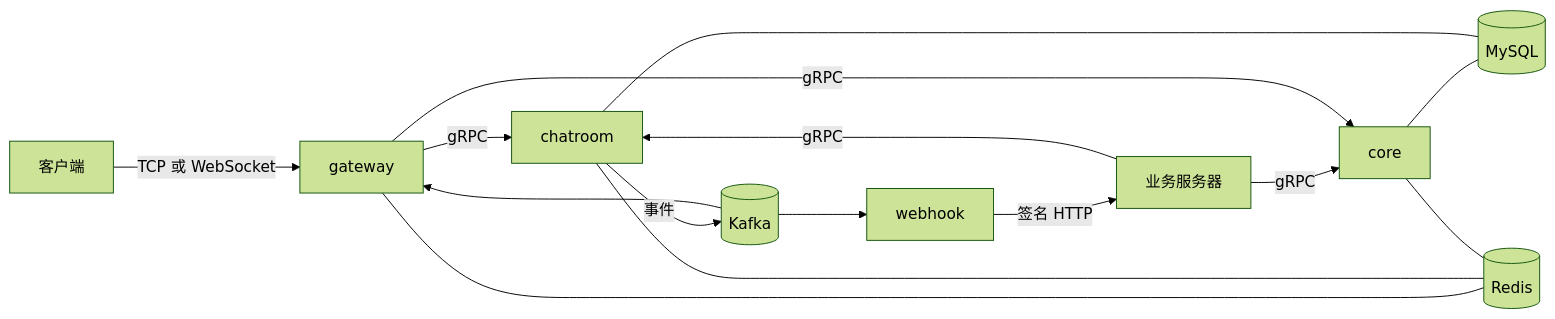
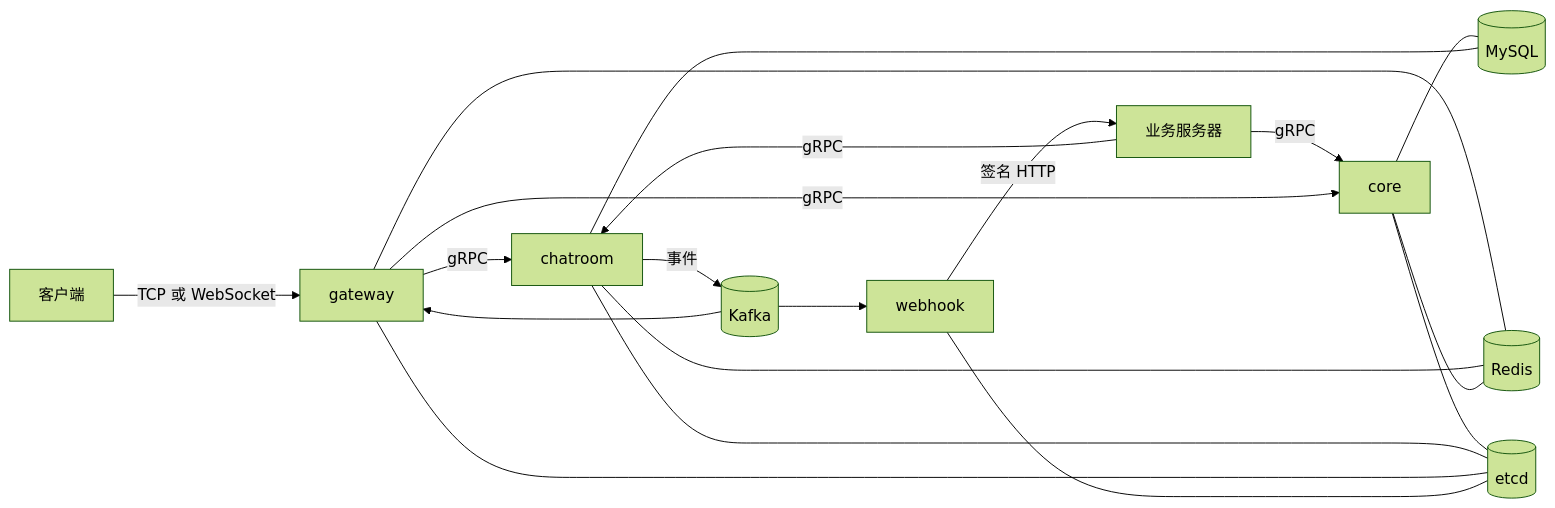
One commit to EdwinChanYi/orbikit changed the diagram in docs/architecture.md. Above: the diagram before and after it, drawn with Mermaid (forest theme). The commit also changed other lines of this file and 1 other file, not shown here.

Commit message:
docs: describe etcd service discovery

````diff
--- a/docs/architecture.md
+++ b/docs/architecture.md
@@ -16,17 +16,21 @@
 ```mermaid
 flowchart LR
     client[客户端] -- TCP 或 WebSocket --> gateway
     biz[业务服务器] -- gRPC --> core
     biz -- gRPC --> chatroom
     gateway -- gRPC --> core
     gateway -- gRPC --> chatroom
     chatroom -- 事件 --> kafka[(Kafka)]
     kafka --> gateway
     kafka --> webhook
     webhook -- 签名 HTTP --> biz
     core --- mysql[(MySQL)]
     chatroom --- mysql
     gateway --- redis[(Redis)]
     chatroom --- redis
     core --- redis
+    core --- etcd[(etcd)]
+    chatroom --- etcd
+    gateway --- etcd
+    webhook --- etcd
 ```
````
